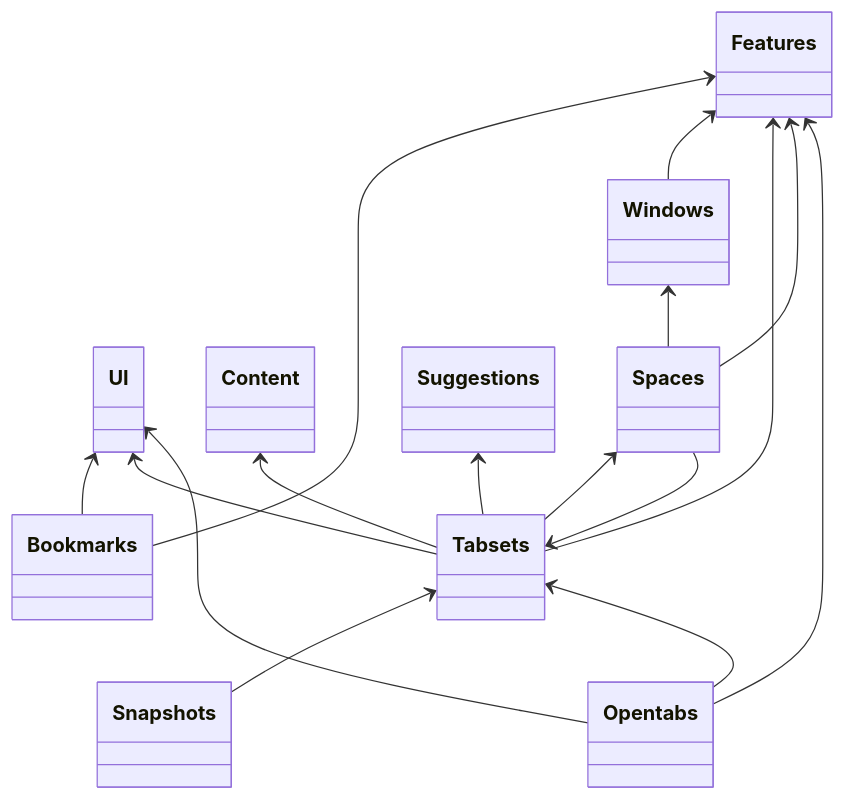
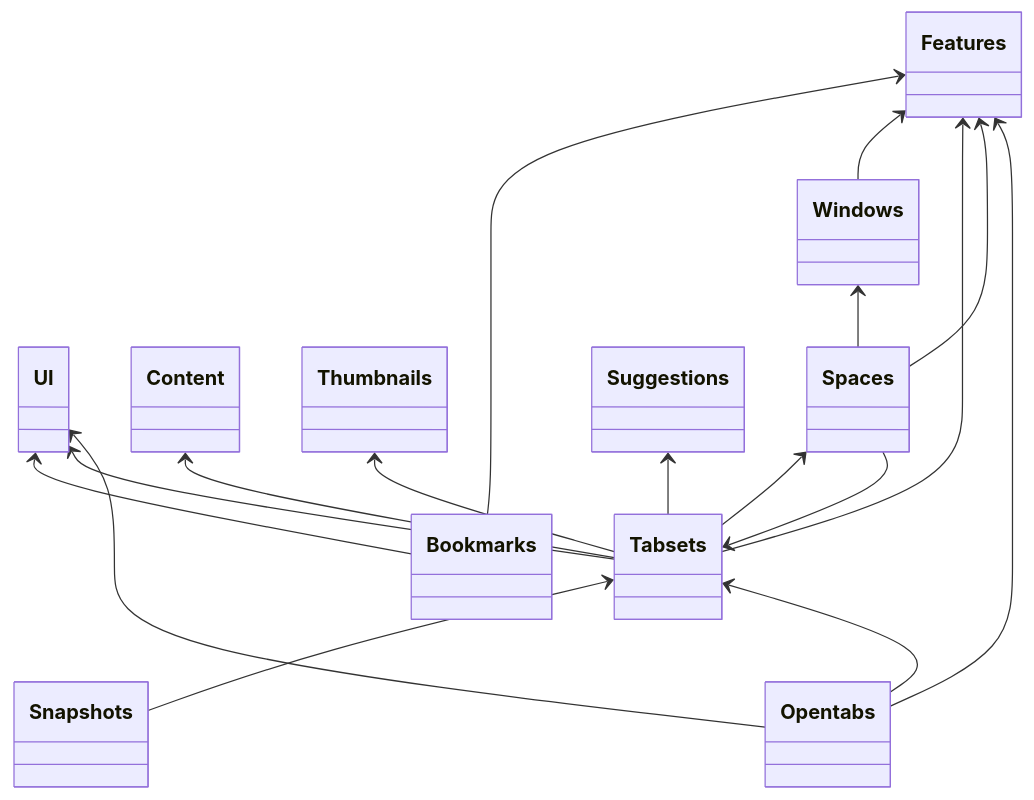
Before and after one commit to evandor/tabsets: the diagram in docs/submodules/index.md, drawn with Mermaid. The commit also changed other lines of this file and 15 other files, not shown here.

````diff
--- a/docs/submodules/index.md
+++ b/docs/submodules/index.md
@@ -14,38 +14,37 @@
 ```mermaid
 classDiagram
 %%  Core <-- Features
 
   Features <-- Bookmarks
   UI <-- Bookmarks
 
   Features <-- Windows
 %%  Tabsets <-- Windows
 
-%%  Tabsets <-- Thumbnails
 %%  Windows <-- Thumbnails
 
   Content <-- Tabsets
   Features <-- Tabsets
-%%  Thumbnails <-- Tabsets
+  Thumbnails <-- Tabsets
 %%  Search <-- Tabsets
   Spaces <-- Tabsets
   Suggestions <-- Tabsets
 %%  Bookmarks <-- Tabsets
   UI <-- Tabsets
 
   Features <-- Spaces
   Windows <-- Spaces
   Tabsets <-- Spaces
 
 %%  Bookmarks <-- Search
 
 %%  Search <-- Content
 
   Tabsets <-- Snapshots
 
   UI <-- Opentabs
   Tabsets <-- Opentabs
   Features <-- Opentabs
 
 
 ```
````
